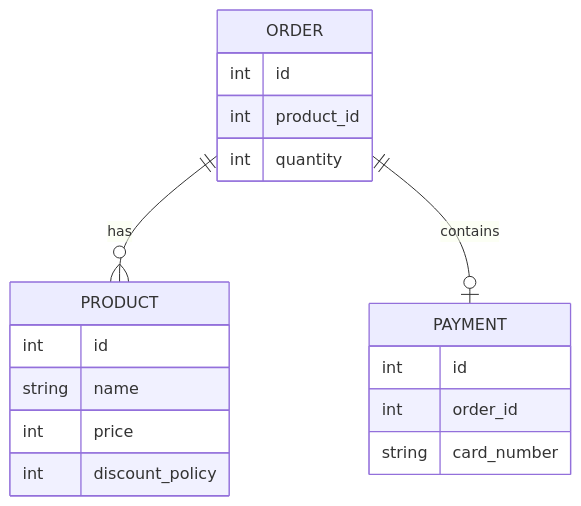
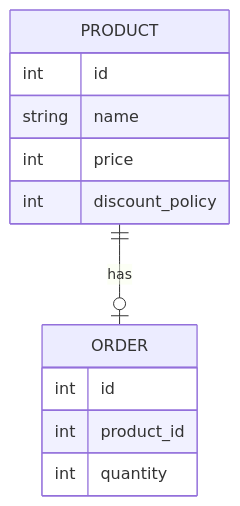
One commit to ruthetum/study changed the diagram in tdd/spring-boot/README.md. Above: the diagram before and after it, drawn with Mermaid. The commit also changed 27 other files, not shown here.

````diff
--- a/tdd/spring-boot/README.md
+++ b/tdd/spring-boot/README.md
@@ -2,21 +2,15 @@
 ```mermaid
 erDiagram
     PRODUCT {
         int id
         string name
         int price
         int discount_policy
     }
     ORDER {
         int id
         int product_id
         int quantity
     }
-    PAYMENT {
-        int id
-        int order_id
-        string card_number
-    }
-    ORDER ||--o{ PRODUCT : has
-    ORDER ||--o| PAYMENT : contains
+    PRODUCT ||--o| ORDER : has
 ```
````
